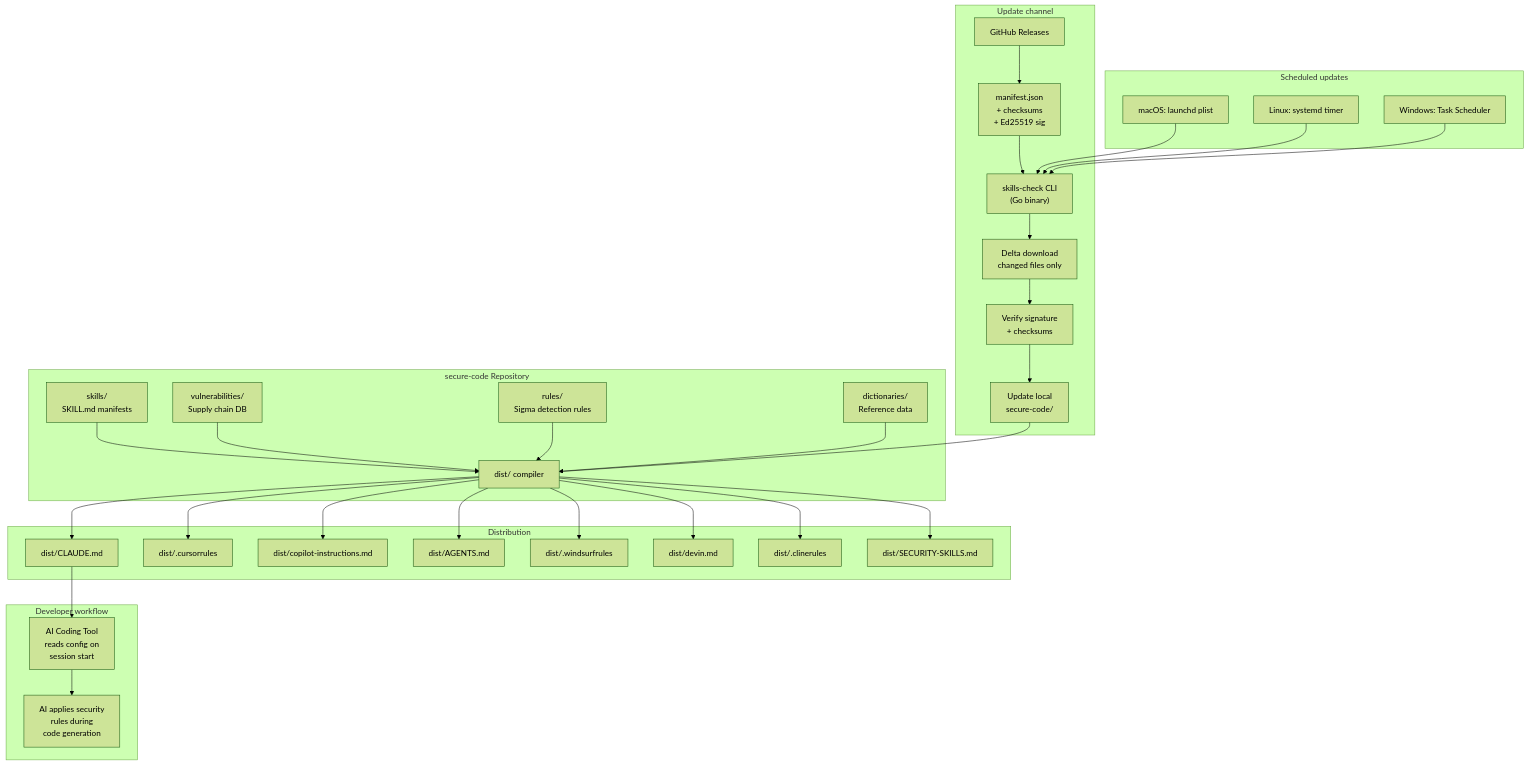
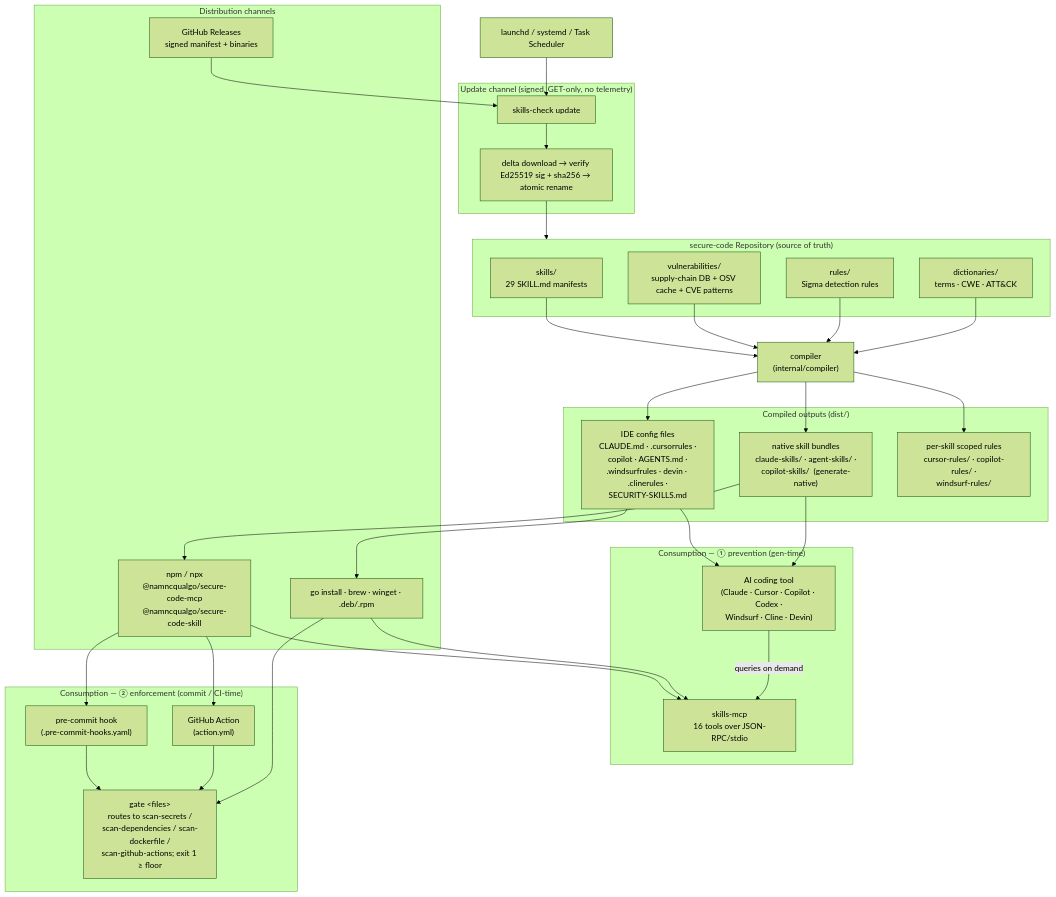
Before and after one commit to nguyencongnamit/skills-library: the first of 2 diagrams in ARCHITECTURE.md, drawn with Mermaid (forest theme). The commit also changed other lines of this file and 22 other files, not shown here.

First line of the commit message:
Add build roadmap, strategy docs, release banner; refresh branding prose

````diff
--- a/ARCHITECTURE.md
+++ b/ARCHITECTURE.md
@@ -10,40 +22,59 @@
 ```mermaid
 graph TD
-    subgraph "secure-code Repository"
-        A["skills/<br/>SKILL.md manifests"] --> D["dist/ compiler"]
-        B["vulnerabilities/<br/>Supply chain DB"] --> D
-        C["rules/<br/>Sigma detection rules"] --> D
-        E["dictionaries/<br/>Reference data"] --> D
+    subgraph repo["secure-code Repository (source of truth)"]
+        A["skills/<br/>29 SKILL.md manifests"]
+        B["vulnerabilities/<br/>supply-chain DB + OSV cache + CVE patterns"]
+        C["rules/<br/>Sigma detection rules"]
+        E["dictionaries/<br/>terms · CWE · ATT&amp;CK"]
     end
 
-    subgraph "Distribution"
-        D --> F["dist/CLAUDE.md"]
-        D --> G["dist/.cursorrules"]
-        D --> H["dist/copilot-instructions.md"]
-        D --> I["dist/AGENTS.md"]
-        D --> J["dist/.windsurfrules"]
-        D --> K["dist/devin.md"]
-        D --> L["dist/.clinerules"]
-        D --> M["dist/SECURITY-SKILLS.md"]
+    A --> D["compiler<br/>(internal/compiler)"]
+    B --> D
+    C --> D
+    E --> D
+
+    subgraph dist["Compiled outputs (dist/)"]
+        F["IDE config files<br/>CLAUDE.md · .cursorrules ·<br/>copilot · AGENTS.md ·<br/>.windsurfrules · devin · .clinerules ·<br/>SECURITY-SKILLS.md"]
+        G["native skill bundles<br/>claude-skills/ · agent-skills/ ·<br/>copilot-skills/  (generate-native)"]
+        H["per-skill scoped rules<br/>cursor-rules/ · copilot-rules/ ·<br/>windsurf-rules/"]
     end
+    D --> F
+    D --> G
+    D --> H
 
-    subgraph "Update channel"
-        N["GitHub Releases"] --> O["manifest.json<br/>+ checksums<br/>+ Ed25519 sig"]
-        O --> P["skills-check CLI<br/>(Go binary)"]
-        P --> Q["Delta download<br/>changed files only"]
-        Q --> R["Verify signature<br/>+ checksums"]
-        R --> S["Update local<br/>secure-code/"]
-        S --> D
+    subgraph chan["Distribution channels"]
+        NPM["npm / npx<br/>@namncqualgo/secure-code-mcp<br/>@namncqualgo/secure-code-skill"]
+        GO["go install · brew · winget · .deb/.rpm"]
+        REL["GitHub Releases<br/>signed manifest + binaries"]
     end
+    F --> GO
+    G --> NPM
 
-    subgraph "Scheduled updates"
-        T["macOS: launchd plist"] --> P
-        U["Linux: systemd timer"] --> P
-        V["Windows: Task Scheduler"] --> P
+    subgraph consume["Consumption — ① prevention (gen-time)"]
+        W["AI coding tool<br/>(Claude · Cursor · Copilot · Codex ·<br/>Windsurf · Cline · Devin)"]
+        MCP["skills-mcp<br/>16 tools over JSON-RPC/stdio"]
     end
+    F --> W
+    G --> W
+    NPM --> MCP
+    GO --> MCP
+    W -->|"queries on demand"| MCP
 
-    subgraph "Developer workflow"
-        F --> W["AI Coding Tool<br/>reads config on<br/>session start"]
-        W --> X["AI applies security<br/>rules during<br/>code generation"]
+    subgraph gate["Consumption — ② enforcement (commit / CI-time)"]
+        PC["pre-commit hook<br/>(.pre-commit-hooks.yaml)"]
+        GHA["GitHub Action<br/>(action.yml)"]
+        GT["gate &lt;files&gt;<br/>routes to scan-secrets /<br/>scan-dependencies / scan-dockerfile /<br/>scan-github-actions; exit 1 ≥ floor"]
     end
+    NPM --> PC
+    NPM --> GHA
+    PC --> GT
+    GHA --> GT
+    GO --> GT
+
+    subgraph upd["Update channel (signed, GET-only, no telemetry)"]
+        P["skills-check update"]
+        Q["delta download → verify Ed25519 sig + sha256 → atomic rename"]
+    end
+    REL --> P --> Q --> repo
+    SCHED["launchd / systemd / Task Scheduler"] --> P
 ```
````
